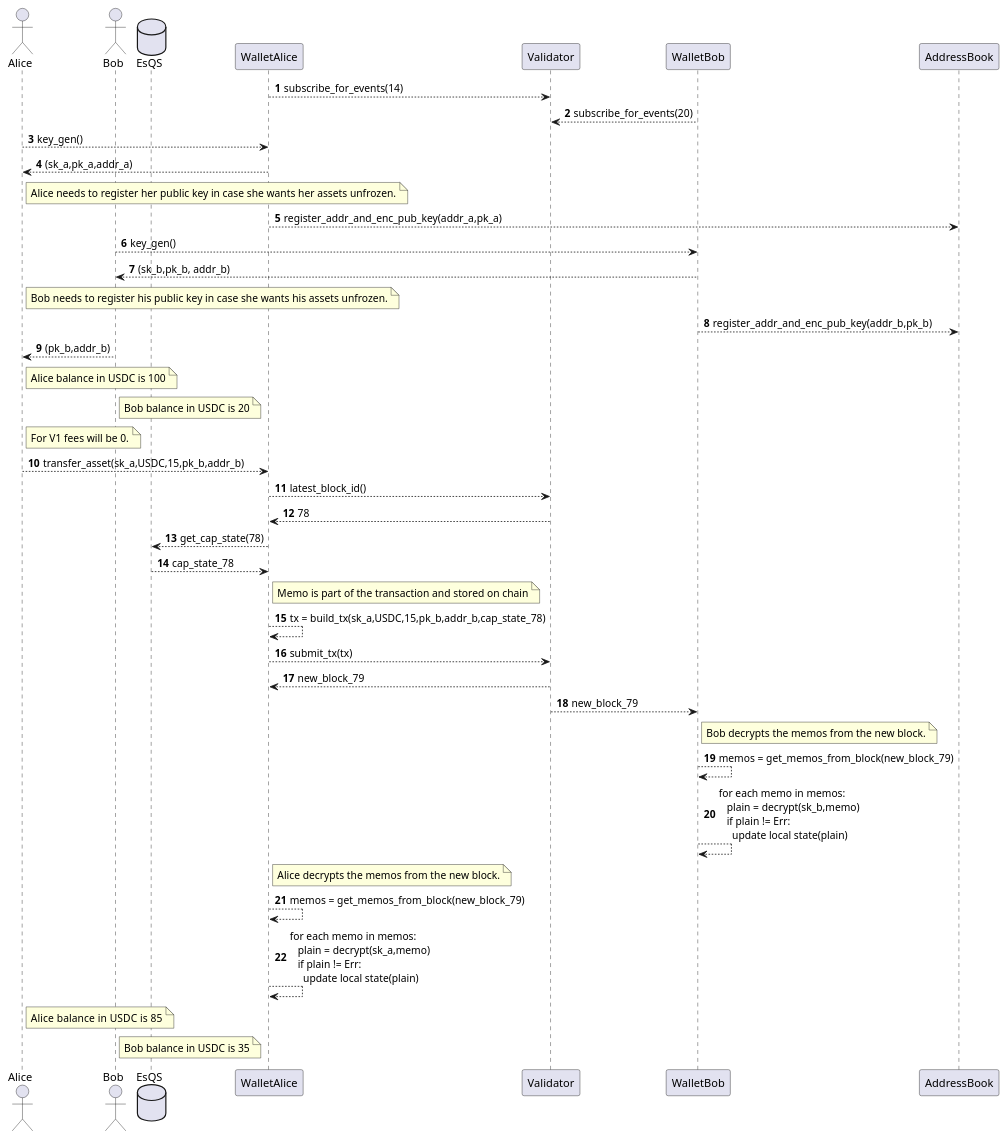
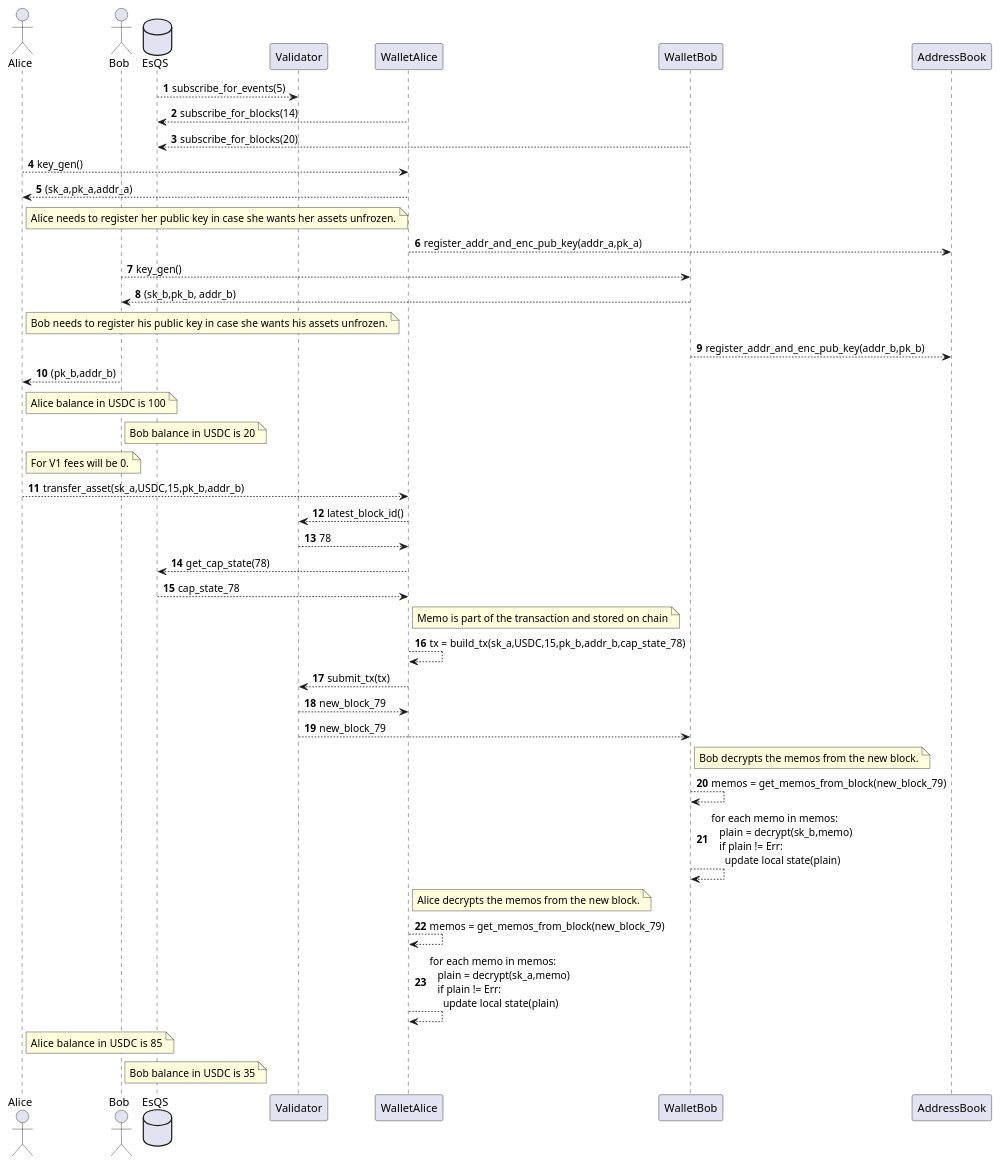
One commit to EspressoSystems/espresso changed the diagram in doc/architecture/simple_transfer_seq_diagram.puml. Above: the diagram before and after it, drawn with PlantUML. The commit also changed 1 other file, not shown here.

Commit message:
Wallet subscribes to block events via EsQS instead of some Validator.

```diff
--- a/doc/architecture/simple_transfer_seq_diagram.puml
+++ b/doc/architecture/simple_transfer_seq_diagram.puml
@@ -1,79 +1,81 @@
 @startuml
 autonumber
 Actor Alice
 Actor Bob
 Database EsQS
 
-WalletAlice --> Validator: subscribe_for_events(14)
-WalletBob --> Validator: subscribe_for_events(20)
+EsQS --> Validator: subscribe_for_events(5)
+
+WalletAlice --> EsQS: subscribe_for_blocks(14)
+WalletBob --> EsQS: subscribe_for_blocks(20)
 
 Alice --> WalletAlice: key_gen()
 WalletAlice --> Alice: (sk_a,pk_a,addr_a)
 
 note right Alice
 Alice needs to register her public key in case she wants her assets unfrozen.
 end note
 WalletAlice --> AddressBook: register_addr_and_enc_pub_key(addr_a,pk_a)
 
 Bob --> WalletBob: key_gen()
 WalletBob --> Bob: (sk_b,pk_b, addr_b)
 
 note right Alice
 Bob needs to register his public key in case she wants his assets unfrozen.
 end note
 WalletBob --> AddressBook: register_addr_and_enc_pub_key(addr_b,pk_b)
 
 Bob --> Alice: (pk_b,addr_b)
 
 note right Alice
 Alice balance in USDC is 100
 end note
 
 note right Bob
 Bob balance in USDC is 20
 end note
 
 note right Alice
 For V1 fees will be 0.
 end note
 
 Alice --> WalletAlice: transfer_asset(sk_a,USDC,15,pk_b,addr_b)
 
 WalletAlice --> Validator: latest_block_id()
 Validator --> WalletAlice: 78
 WalletAlice --> EsQS: get_cap_state(78)
 EsQS --> WalletAlice: cap_state_78
 
 note right WalletAlice
 Memo is part of the transaction and stored on chain
 end note
 
 WalletAlice --> WalletAlice: tx = build_tx(sk_a,USDC,15,pk_b,addr_b,cap_state_78)
 
 WalletAlice --> Validator: submit_tx(tx)
 
 Validator --> WalletAlice:new_block_79
 Validator --> WalletBob:new_block_79
 
 note right WalletBob
 Bob decrypts the memos from the new block.
 end note
 WalletBob --> WalletBob: memos = get_memos_from_block(new_block_79)
 WalletBob --> WalletBob: for each memo in memos: \n   plain = decrypt(sk_b,memo) \n   if plain != Err: \n     update local state(plain)
 
 note right WalletAlice
 Alice decrypts the memos from the new block.
 end note
 WalletAlice --> WalletAlice: memos = get_memos_from_block(new_block_79)
 WalletAlice --> WalletAlice: for each memo in memos: \n   plain = decrypt(sk_a,memo) \n   if plain != Err: \n     update local state(plain)
 
 note right Alice
 Alice balance in USDC is  85
 end note
 
 note right Bob
 Bob balance in USDC is 35
 end note
 
 
 @enduml
```
